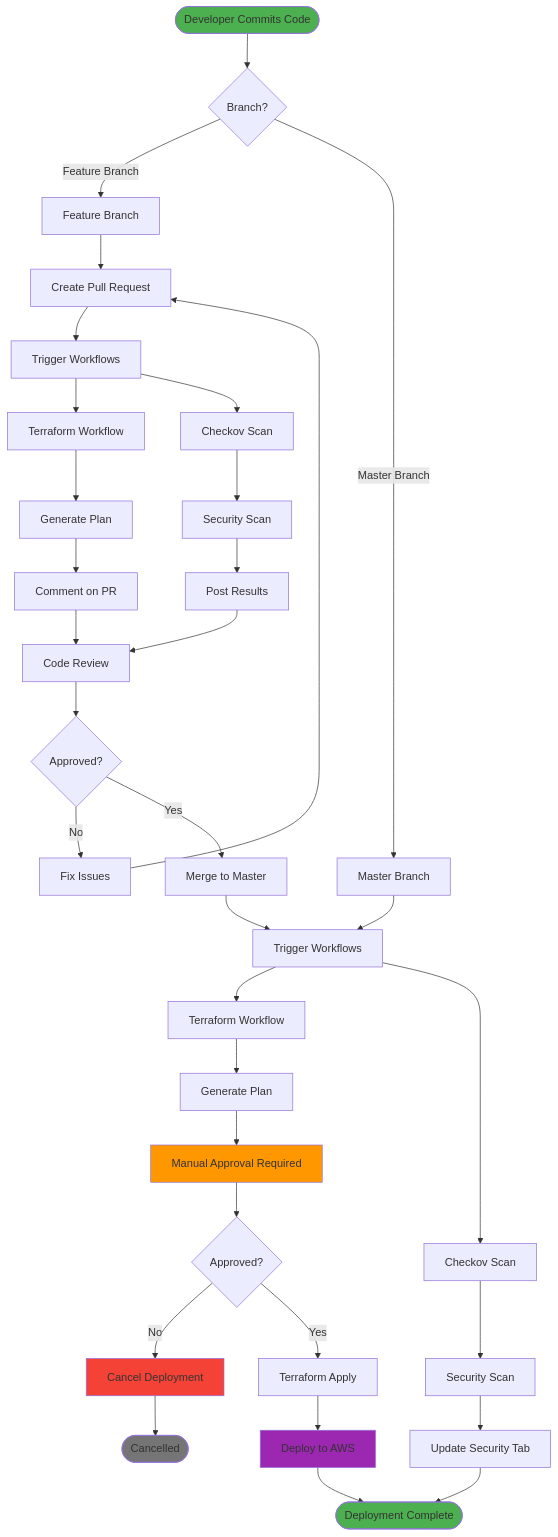
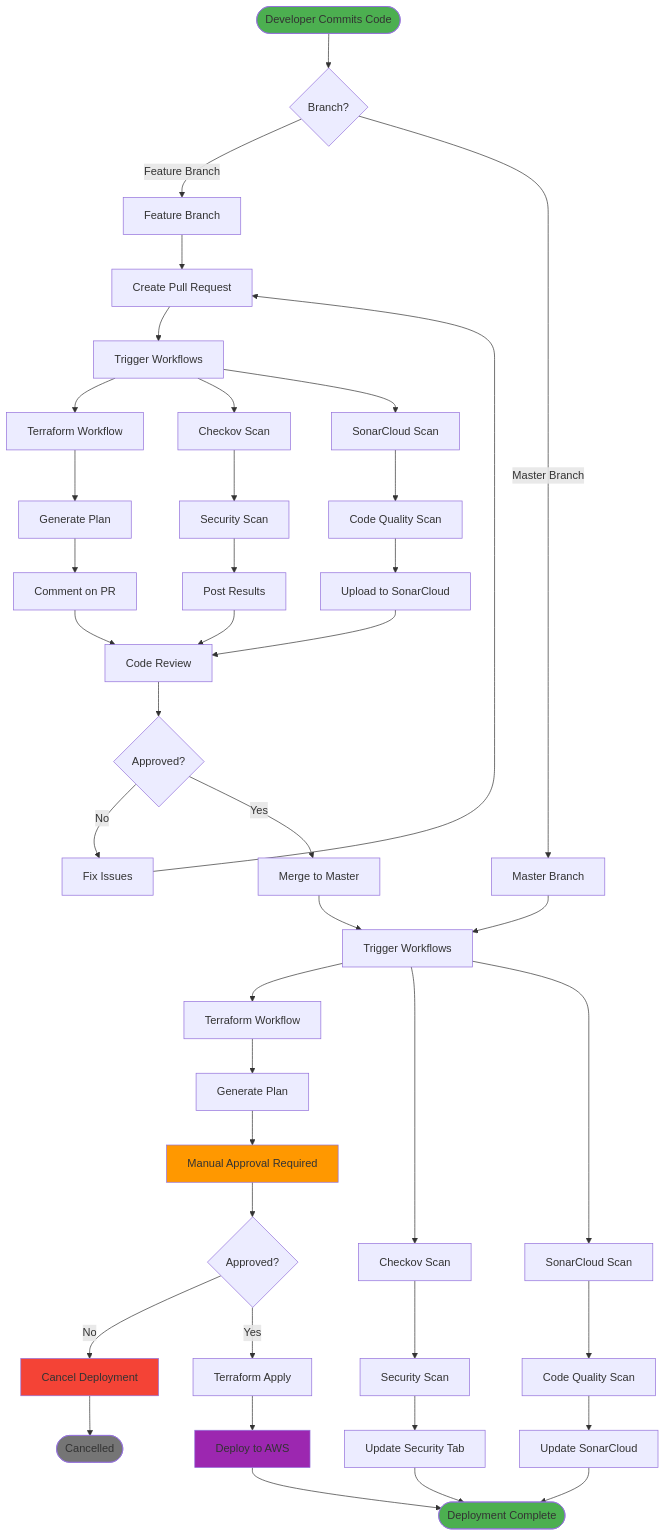
Diagram 12 of 15 in DIAGRAMS.md (vegatros/repo1), drawn with Mermaid before and after one commit. The commit also changed other lines of this file, not shown here.

Commit message:
Add SonarCloud to diagrams

````diff
--- a/DIAGRAMS.md
+++ b/DIAGRAMS.md
@@ -330,56 +390,66 @@
 ```mermaid
 graph TB
     Start([Developer Commits Code]) --> Branch{Branch?}
     
     Branch -->|Feature Branch| FB[Feature Branch]
     Branch -->|Master Branch| MB[Master Branch]
     
     FB --> PR[Create Pull Request]
     PR --> Trigger1[Trigger Workflows]
     
     Trigger1 --> TF1[Terraform Workflow]
     Trigger1 --> CV1[Checkov Scan]
+    Trigger1 --> SQ1[SonarCloud Scan]
     
     TF1 --> Plan[Generate Plan]
     Plan --> Comment[Comment on PR]
     
     CV1 --> Scan1[Security Scan]
     Scan1 --> Report1[Post Results]
     
+    SQ1 --> ScanSQ[Code Quality Scan]
+    ScanSQ --> ReportSQ[Upload to SonarCloud]
+    
     Comment --> Review[Code Review]
     Report1 --> Review
+    ReportSQ --> Review
     
     Review --> Approve{Approved?}
     Approve -->|No| Fix[Fix Issues]
     Fix --> PR
     Approve -->|Yes| Merge[Merge to Master]
     
     MB --> Trigger2[Trigger Workflows]
     Merge --> Trigger2
     
     Trigger2 --> TF2[Terraform Workflow]
     Trigger2 --> CV2[Checkov Scan]
+    Trigger2 --> SQ2[SonarCloud Scan]
     
     TF2 --> Plan2[Generate Plan]
     Plan2 --> Approval[Manual Approval Required]
     
     Approval --> Wait{Approved?}
     Wait -->|No| Cancel[Cancel Deployment]
     Wait -->|Yes| Apply[Terraform Apply]
     
     Apply --> Deploy[Deploy to AWS]
     
     CV2 --> Scan2[Security Scan]
     Scan2 --> Security[Update Security Tab]
     
+    SQ2 --> ScanSQ2[Code Quality Scan]
+    ScanSQ2 --> Quality[Update SonarCloud]
+    
     Deploy --> Success([Deployment Complete])
     Security --> Success
+    Quality --> Success
     Cancel --> End([Cancelled])
     
     style Start fill:#4caf50
     style Success fill:#4caf50
     style Deploy fill:#9c27b0
     style Approval fill:#ff9800
     style Cancel fill:#f44336
     style End fill:#757575
 ```
````
